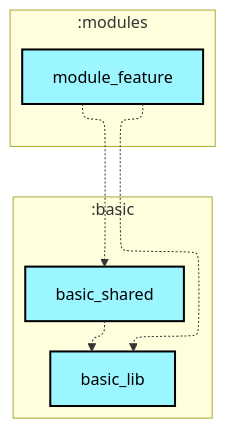
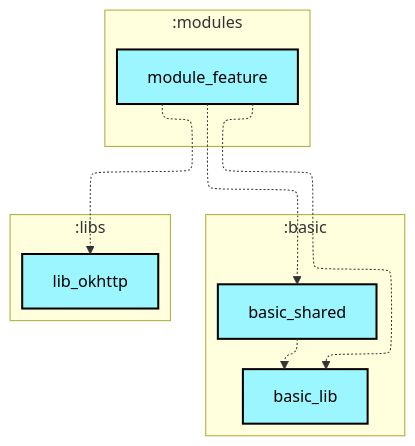
The first of 2 diagrams in modules/module_feature/README.md (wuwei94/MyApplication), drawn with Mermaid before and after one commit. The commit also changed 9 other files, not shown here.

First line of the commit message:
feat(module_feature): 新增弱网处理业务示例页

````diff
--- a/modules/module_feature/README.md
+++ b/modules/module_feature/README.md
@@ -6,29 +6,34 @@
 ```mermaid
 ---
 config:
   layout: elk
   elk:
     nodePlacementStrategy: SIMPLE
 ---
 graph TB
   subgraph :modules
     direction TB
     :modules:module_feature[module_feature]:::android-library
   end
   subgraph :basic
     direction TB
     :basic:basic_lib[basic_lib]:::android-library
     :basic:basic_shared[basic_shared]:::android-library
   end
+  subgraph :libs
+    direction TB
+    :libs:lib_okhttp[lib_okhttp]:::android-library
+  end
 
   :basic:basic_shared -.-> :basic:basic_lib
   :modules:module_feature -.-> :basic:basic_lib
   :modules:module_feature -.-> :basic:basic_shared
+  :modules:module_feature -.-> :libs:lib_okhttp
 
 classDef android-application fill:#CAFFBF,stroke:#000,stroke-width:2px,color:#000;
 classDef android-feature fill:#FFD6A5,stroke:#000,stroke-width:2px,color:#000;
 classDef android-library fill:#9BF6FF,stroke:#000,stroke-width:2px,color:#000;
 classDef android-test fill:#A0C4FF,stroke:#000,stroke-width:2px,color:#000;
 classDef jvm-library fill:#BDB2FF,stroke:#000,stroke-width:2px,color:#000;
 classDef unknown fill:#FFADAD,stroke:#000,stroke-width:2px,color:#000;
 ```
````
